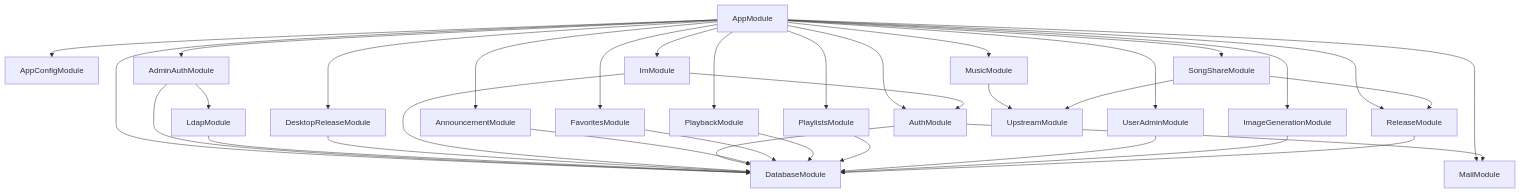
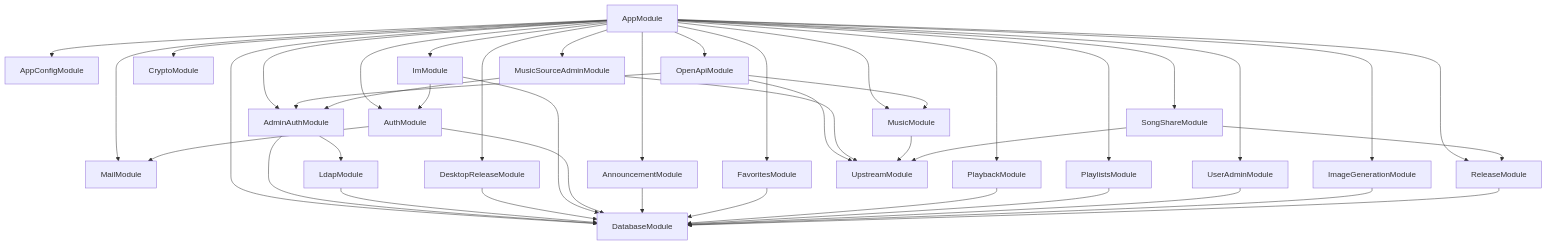
The first of 2 diagrams in wiki/01-architecture.md (hdppppppp/music-server), drawn with Mermaid before and after one commit. The commit also changed other lines of this file and 13 other files, not shown here.

````diff
--- a/wiki/01-architecture.md
+++ b/wiki/01-architecture.md
@@ -33,37 +36,45 @@
 ```mermaid
 flowchart TD
     App["AppModule"] --> Config["AppConfigModule"]
     App --> Database["DatabaseModule"]
     App --> Auth["AuthModule"]
     App --> Mail["MailModule"]
     App --> Announcements["AnnouncementModule"]
     App --> Favorites["FavoritesModule"]
     App --> Playback["PlaybackModule"]
     App --> Playlists["PlaylistsModule"]
     App --> Music["MusicModule"]
     App --> Shares["SongShareModule"]
     App --> Image["ImageGenerationModule"]
     App --> Release["ReleaseModule"]
     App --> Desktop["DesktopReleaseModule"]
     App --> Im["ImModule"]
     App --> UserAdmin["UserAdminModule"]
     App --> AdminAuth["AdminAuthModule"]
+    App --> Crypto["CryptoModule"]
+    App --> OpenApi["OpenApiModule"]
+    App --> MusicSourceAdmin["MusicSourceAdminModule"]
+    OpenApi --> Music
+    OpenApi --> Upstream
+    OpenApi --> AdminAuth
+    MusicSourceAdmin --> Upstream
+    MusicSourceAdmin --> AdminAuth
     AdminAuth --> Ldap["LdapModule"]
     AdminAuth --> Database
     Ldap --> Database
     Music --> Upstream["UpstreamModule"]
     Shares --> Upstream
     Shares --> Release
     Desktop --> Database
     Im --> Database
     Im --> Auth
     Auth --> Database
     Auth --> Mail
     Announcements --> Database
     Favorites --> Database
     Playback --> Database
     Playlists --> Database
     UserAdmin --> Database
     Image --> Database
     Release --> Database
 ```
````
